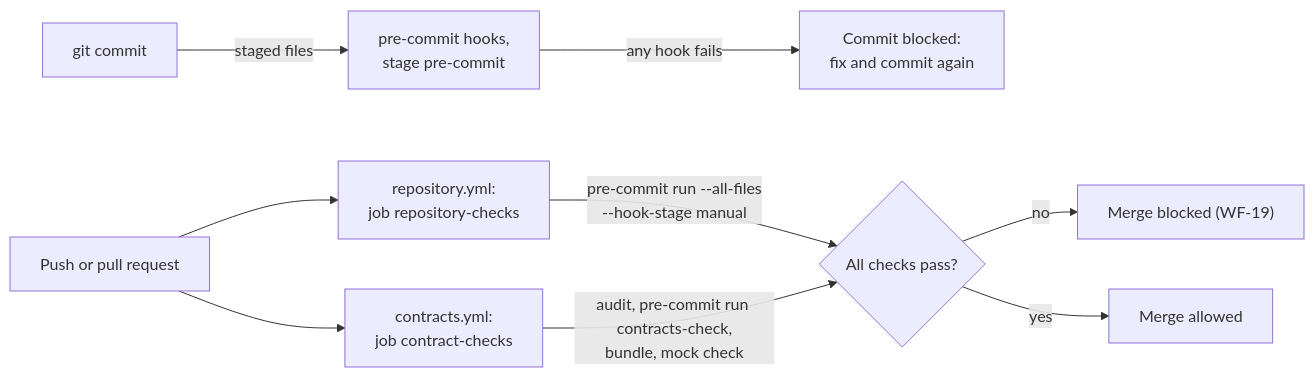
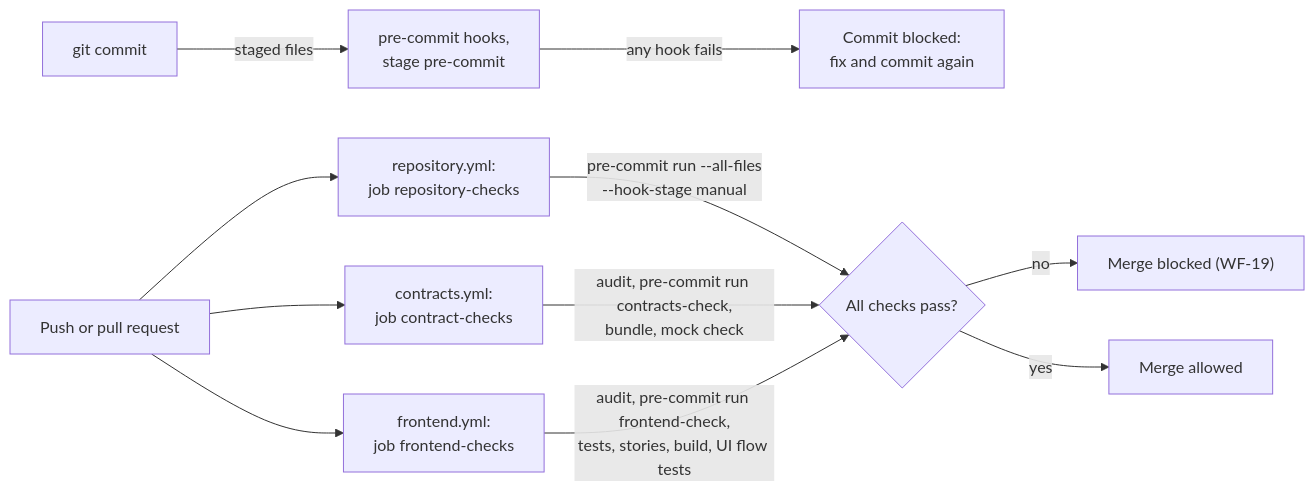
One commit to ml-system-design-nhom-5/SupportIQ changed the diagram in docs/guides/repository-checks.md. Above: the diagram before and after it, drawn with Mermaid. The commit also changed other lines of this file and 7 other files, not shown here.

````diff
--- a/docs/guides/repository-checks.md
+++ b/docs/guides/repository-checks.md
@@ -11,11 +11,13 @@
 ```mermaid
 flowchart LR
     Commit["git commit"] -->|"staged files"| Hooks["pre-commit hooks,<br/>stage pre-commit"]
     Hooks -->|"any hook fails"| Blocked["Commit blocked:<br/>fix and commit again"]
     Push["Push or pull request"] --> Repo["repository.yml:<br/>job repository-checks"]
     Push --> Con["contracts.yml:<br/>job contract-checks"]
+    Push --> Fe["frontend.yml:<br/>job frontend-checks"]
     Repo -->|"pre-commit run --all-files<br/>--hook-stage manual"| Result{"All checks pass?"}
     Con -->|"audit, pre-commit run contracts-check,<br/>bundle, mock check"| Result
+    Fe -->|"audit, pre-commit run frontend-check,<br/>tests, stories, build, UI flow tests"| Result
     Result -->|"no"| Red["Merge blocked (WF-19)"]
     Result -->|"yes"| Green["Merge allowed"]
 ```
````
